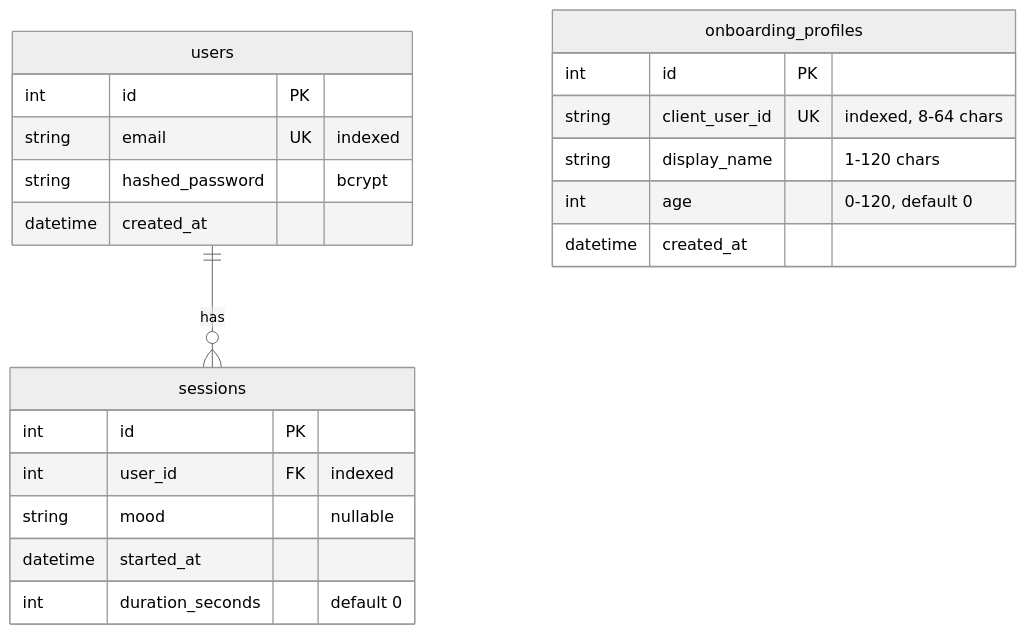
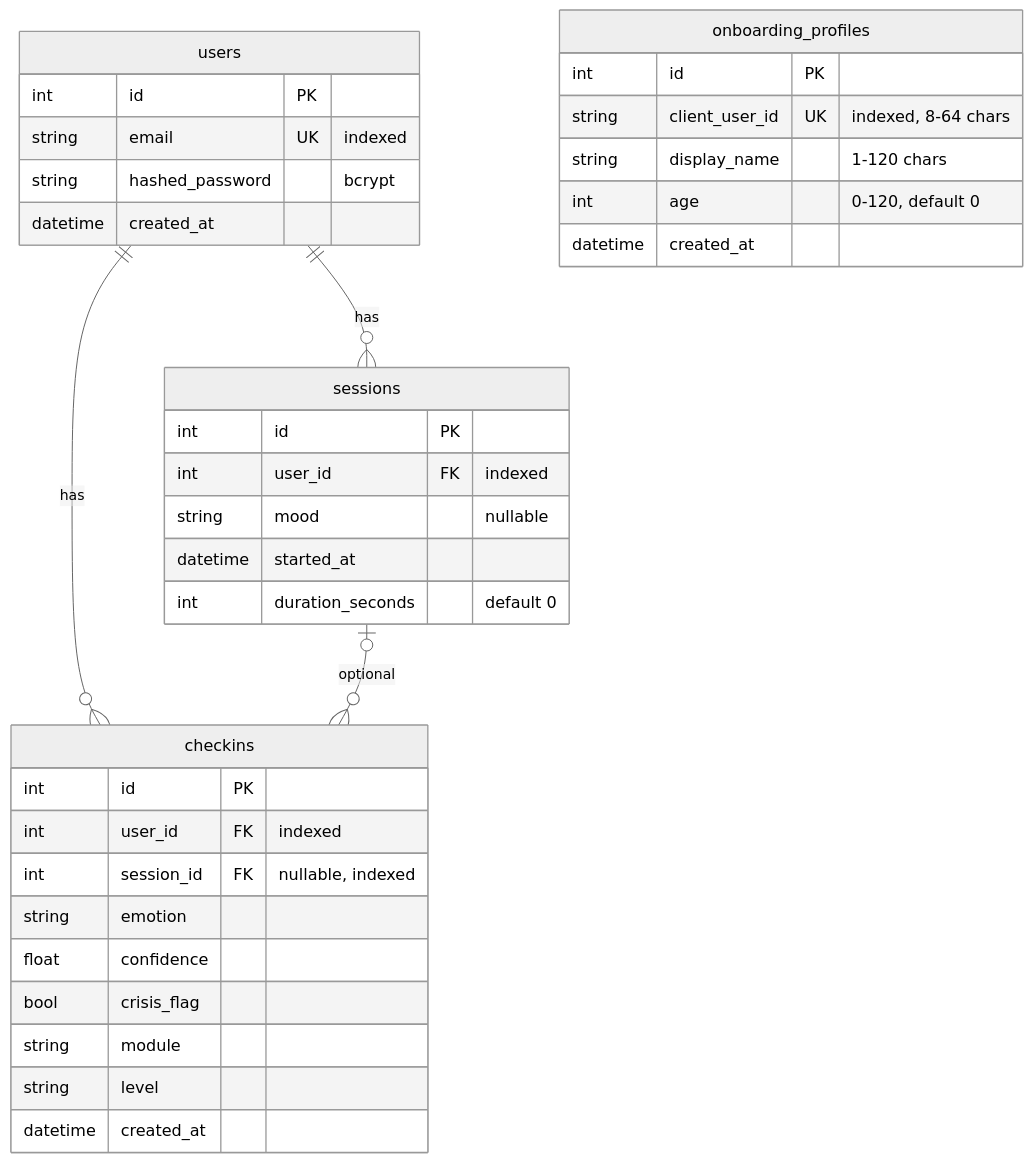
Before and after one commit to psychicDree/CortexAI: the diagram in Docs/DatabaseSchema.md, drawn with Mermaid (neutral theme). The commit also changed other lines of this file and 4 other files, not shown here.

````diff
--- a/Docs/DatabaseSchema.md
+++ b/Docs/DatabaseSchema.md
@@ -9,24 +9,37 @@
 ```mermaid
 erDiagram
   users ||--o{ sessions : "has"
+  users ||--o{ checkins : "has"
+  sessions |o--o{ checkins : "optional"
   users {
     int id PK
     string email UK "indexed"
     string hashed_password "bcrypt"
     datetime created_at
   }
   sessions {
     int id PK
     int user_id FK "indexed"
     string mood "nullable"
     datetime started_at
     int duration_seconds "default 0"
   }
+  checkins {
+    int id PK
+    int user_id FK "indexed"
+    int session_id FK "nullable, indexed"
+    string emotion
+    float confidence
+    bool crisis_flag
+    string module
+    string level
+    datetime created_at
+  }
   onboarding_profiles {
     int id PK
     string client_user_id UK "indexed, 8-64 chars"
     string display_name "1-120 chars"
     int age "0-120, default 0"
     datetime created_at
   }
 ```
````
